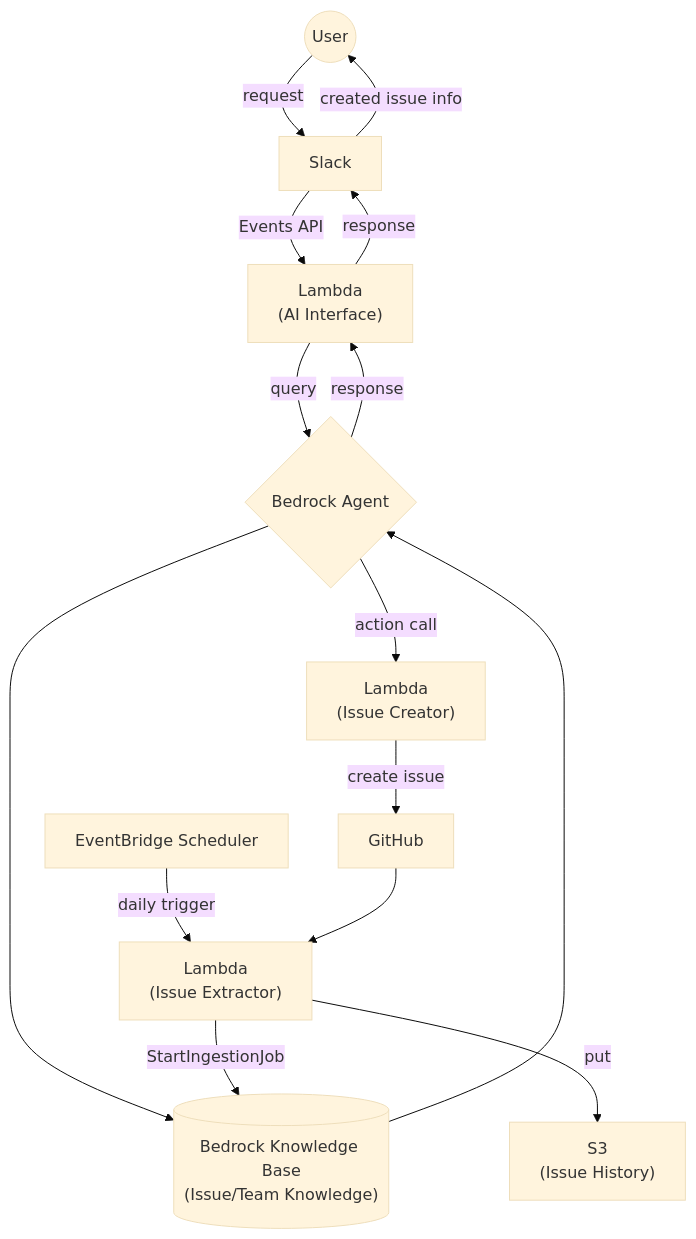
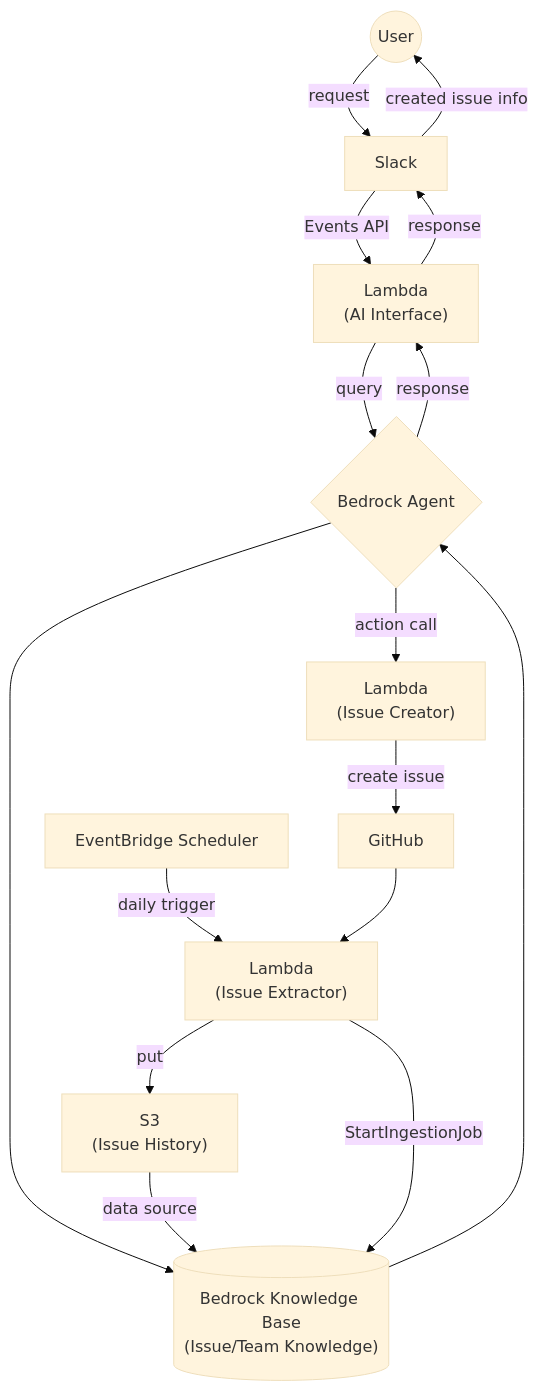
The first of 3 diagrams in DESIGN.md (nangashi/ai-test), drawn with Mermaid (base theme) before and after one commit. The commit also changed other lines of this file and 1 other file, not shown here.

````diff
--- a/DESIGN.md
+++ b/DESIGN.md
@@ -17,18 +17,19 @@
 ```mermaid
 graph TD
     A((User)) -->|request| B[Slack]
     B -->|Events API| C["Lambda<br/>(AI Interface)"]
     C -->|query| D{Bedrock Agent}
     D --> E[("Bedrock Knowledge Base<br/>(Issue/Team Knowledge)")]
     E --> D
     D -->|action call| I["Lambda<br/>(Issue Creator)"]
     I -->|create issue| F[GitHub]
     D -->|response| C
     C -->|response| B
     B -->|created issue info| A
 
     H[EventBridge Scheduler] -->|daily trigger| G["Lambda<br/>(Issue Extractor)"]
     F --> G
     G -->|put| J["S3<br/>(Issue History)"]
+    J -->|data source| E
     G -->|StartIngestionJob| E
 ```
````
